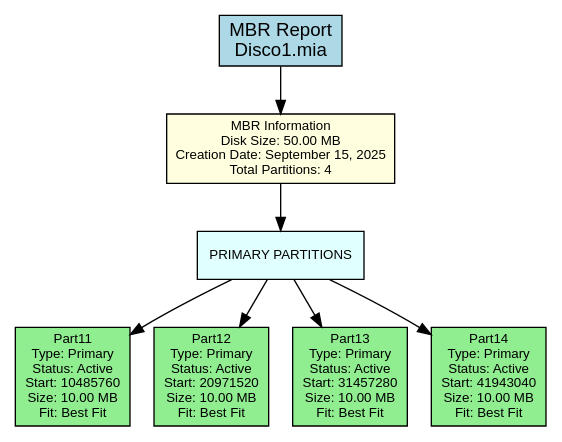
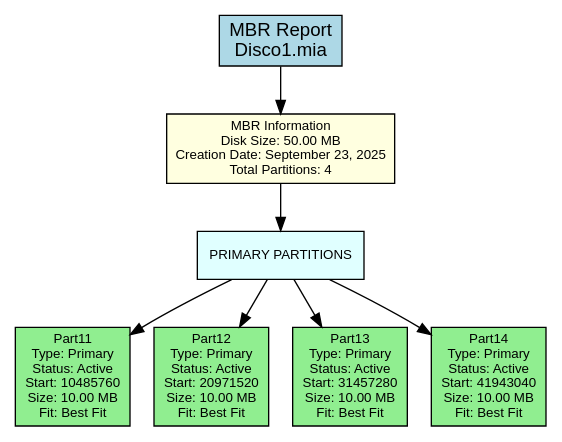
Before and after one commit to DiegVas/MIA_2S2025_P2_202300638: the diagram in backend/provider/reports/src/mbr_381A.dot, drawn with Graphviz. The commit also changed 27 other files, not shown here.

Commit message:
feat: view all disk with name, size, and count partitions feat: a register all disks in txt file

```diff
--- a/backend/provider/reports/src/mbr_381A.dot
+++ b/backend/provider/reports/src/mbr_381A.dot
@@ -1,24 +1,24 @@
 digraph MBR_Report {
     rankdir=TB;
     node [shape=box, style=filled];
     graph [fontname="Arial", fontsize=12];
     node [fontname="Arial", fontsize=10];
     edge [fontname="Arial"];
 
     title [label="MBR Report\nDisco1.mia", fillcolor=lightblue, fontsize=14];
 
-    mbr_info [label="MBR Information\nDisk Size: 50.00 MB\nCreation Date: September 15, 2025\nTotal Partitions: 4", fillcolor=lightyellow];
+    mbr_info [label="MBR Information\nDisk Size: 50.00 MB\nCreation Date: September 23, 2025\nTotal Partitions: 4", fillcolor=lightyellow];
 
     primary_section [label="PRIMARY PARTITIONS", shape=box, style=filled, fillcolor=lightcyan];
     primary_0 [label="Part11\nType: Primary\nStatus: Active\nStart: 10485760\nSize: 10.00 MB\nFit: Best Fit", fillcolor=lightgreen];
     primary_section -> primary_0;
     primary_1 [label="Part12\nType: Primary\nStatus: Active\nStart: 20971520\nSize: 10.00 MB\nFit: Best Fit", fillcolor=lightgreen];
     primary_section -> primary_1;
     primary_2 [label="Part13\nType: Primary\nStatus: Active\nStart: 31457280\nSize: 10.00 MB\nFit: Best Fit", fillcolor=lightgreen];
     primary_section -> primary_2;
     primary_3 [label="Part14\nType: Primary\nStatus: Active\nStart: 41943040\nSize: 10.00 MB\nFit: Best Fit", fillcolor=lightgreen];
     primary_section -> primary_3;
 
     title -> mbr_info;
     mbr_info -> primary_section;
 }
```
